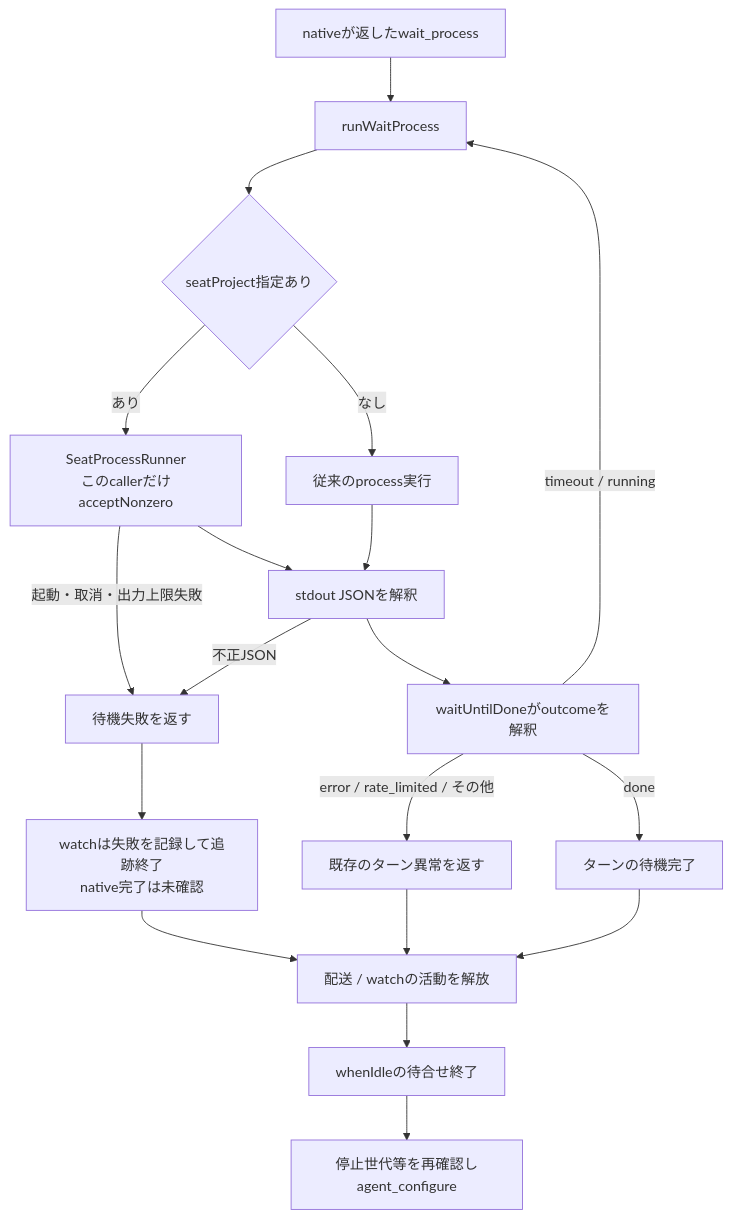
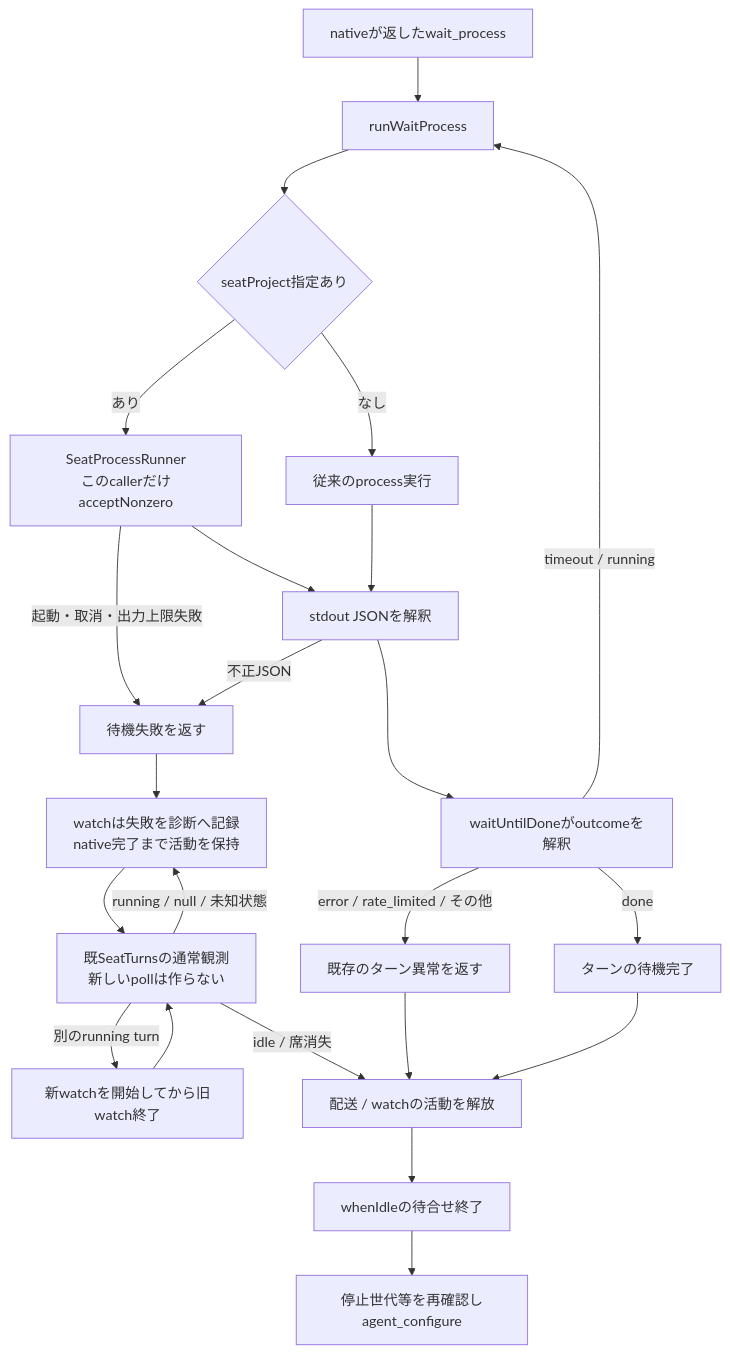
Before and after one commit to kitepon/BellTeam: the first of 2 diagrams in docs/architecture/modules/execution/wait-contract.md, drawn with Mermaid. The commit also changed other lines of this file and 8 other files, not shown here.

Commit message:
fix: retain failed turn watches and report execution diagnostics

````diff
--- a/docs/architecture/modules/execution/wait-contract.md
+++ b/docs/architecture/modules/execution/wait-contract.md
@@ -7,21 +7,25 @@
 ```mermaid
 flowchart TD
   Descriptor["nativeが返したwait_process"] --> Caller["runWaitProcess"]
   Caller --> Seat{"seatProject指定あり"}
   Seat -->|"あり"| Runner["SeatProcessRunner<br/>このcallerだけacceptNonzero"]
   Seat -->|"なし"| Spawn["従来のprocess実行"]
   Runner --> JSON["stdout JSONを解釈"]
   Spawn --> JSON
   Runner -->|"起動・取消・出力上限失敗"| Failure["待機失敗を返す"]
   JSON -->|"不正JSON"| Failure
   JSON --> Outcome["waitUntilDoneがoutcomeを解釈"]
   Outcome -->|"timeout / running"| Caller
   Outcome -->|"done"| Complete["ターンの待機完了"]
   Outcome -->|"error / rate_limited / その他"| TurnFailure["既存のターン異常を返す"]
-  Failure --> FailedWatch["watchは失敗を記録して追跡終了<br/>native完了は未確認"]
-  FailedWatch --> Release
+  Failure --> FailedWatch["watchは失敗を診断へ記録<br/>native完了まで活動を保持"]
+  FailedWatch --> Poll["既SeatTurnsの通常観測<br/>新しいpollは作らない"]
+  Poll -->|"running / null / 未知状態"| FailedWatch
+  Poll -->|"別のrunning turn"| Handoff["新watchを開始してから旧watch終了"]
+  Handoff --> Poll
+  Poll -->|"idle / 席消失"| Release
   TurnFailure --> Release
   Complete --> Release["配送 / watchの活動を解放"]
   Release --> Idle["whenIdleの待合せ終了"]
   Idle --> Configure["停止世代等を再確認しagent_configure"]
 ```
````
